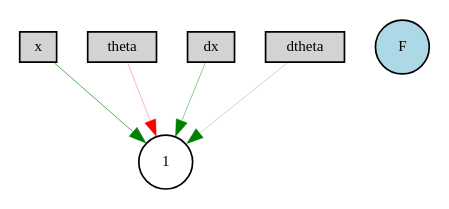
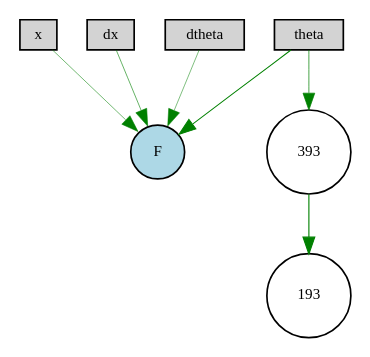
Before and after one commit to ericjhkim/CartpoleNEAT: the diagram in winner-enabled-pruned.gv, drawn with Graphviz. The commit also changed 28 other files, not shown here.

```diff
--- a/winner-enabled-pruned.gv
+++ b/winner-enabled-pruned.gv
@@ -1,12 +1,14 @@
 digraph {
 	node [fontsize=9 height=0.2 shape=circle width=0.2]
 	x [fillcolor=lightgray shape=box style=filled]
+	dx [fillcolor=lightgray shape=box style=filled]
 	theta [fillcolor=lightgray shape=box style=filled]
-	dx [fillcolor=lightgray shape=box style=filled]
 	dtheta [fillcolor=lightgray shape=box style=filled]
 	F [fillcolor=lightblue style=filled]
-	dtheta -> 1 [color=green penwidth=0.15330265546533695 style=solid]
-	x -> 1 [color=green penwidth=0.390473452467608 style=solid]
-	theta -> 1 [color=red penwidth=0.17388255870729874 style=solid]
-	dx -> 1 [color=green penwidth=0.25697225396578904 style=solid]
+	dtheta -> F [color=green penwidth=0.299948623005344 style=solid]
+	theta -> F [color=green penwidth=0.6046910418137016 style=solid]
+	dx -> F [color=green penwidth=0.3610583978309312 style=solid]
+	theta -> 393 [color=green penwidth=0.4336279544476238 style=solid]
+	393 -> 193 [color=green penwidth=0.6657226653277234 style=solid]
+	x -> F [color=green penwidth=0.33170404250324736 style=solid]
 }
```
